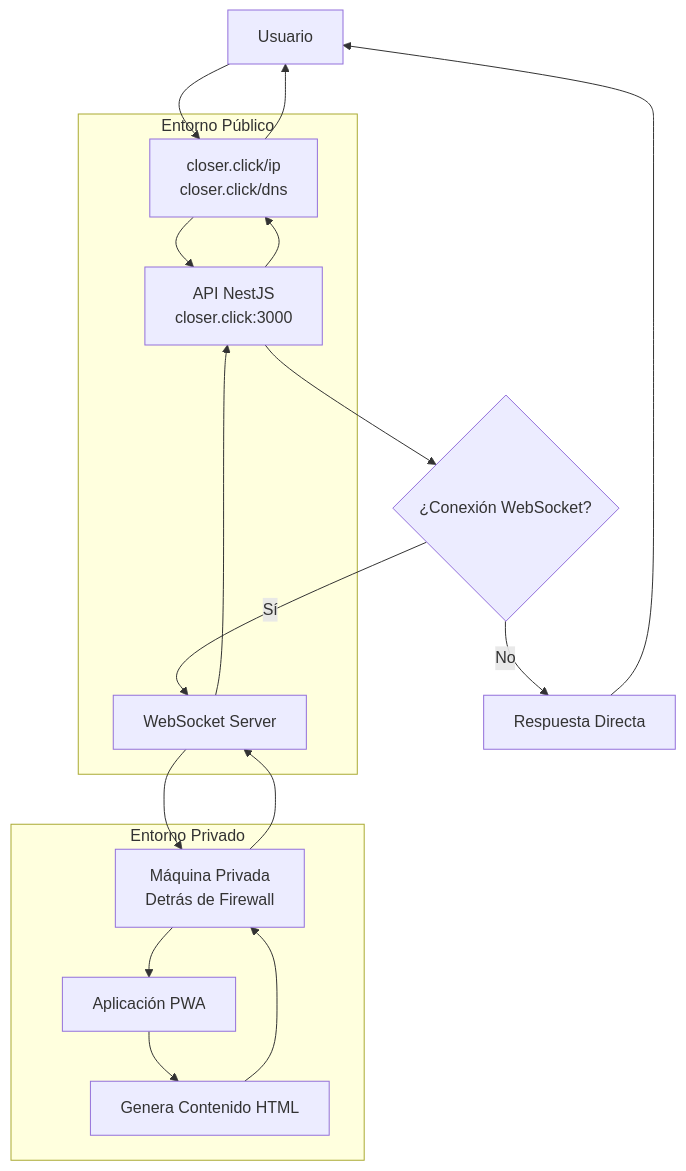
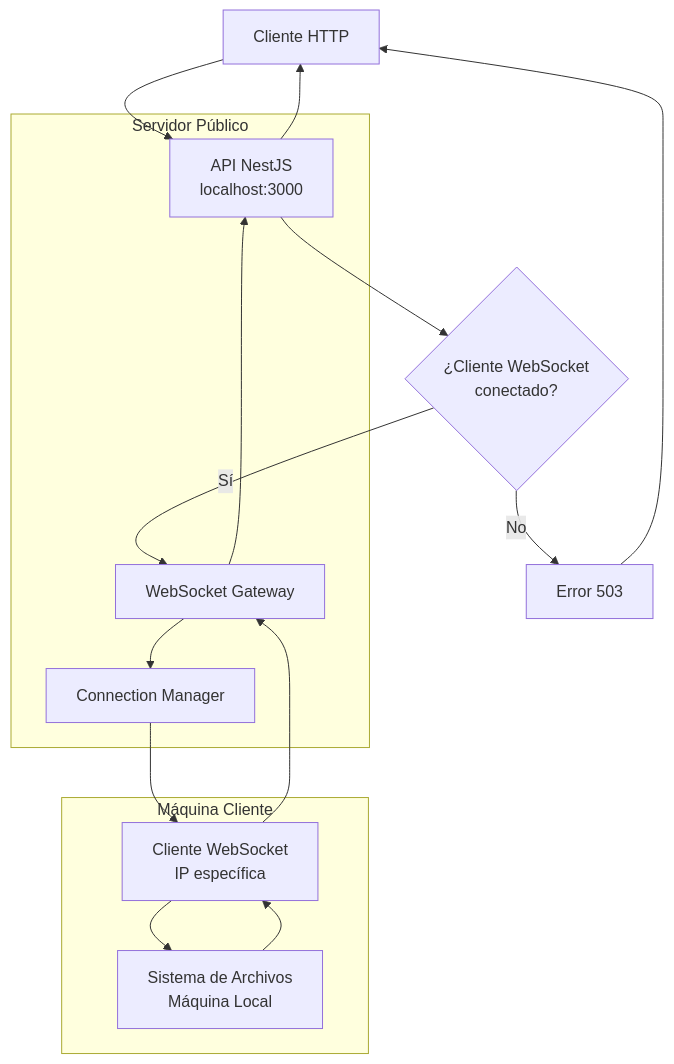
One commit to seyacat/closerclick changed the second of 2 diagrams in docs/COMUNICACION.md. Above: the diagram before and after it, drawn with Mermaid. The commit also changed other lines of this file and 6 other files, not shown here.

````diff
--- a/docs/COMUNICACION.md
+++ b/docs/COMUNICACION.md
@@ -35,33 +40,29 @@
 ```mermaid
 flowchart TD
-    A[Usuario] --> B[closer.click/ip<br/>closer.click/dns]
-    B --> C[API NestJS<br/>closer.click:3000]
+    A[Cliente HTTP] --> B[API NestJS<br/>localhost:3000]
+    B --> C{¿Cliente WebSocket<br/>conectado?}
+    C -->|Sí| D[WebSocket Gateway]
+    C -->|No| E[Error 503]
     
-    C --> D{¿Conexión WebSocket?}
-    D -->|Sí| E[WebSocket Server]
-    D -->|No| F[Respuesta Directa]
+    D --> F[Connection Manager]
+    F --> G[Cliente WebSocket<br/>IP específica]
+    G --> H[Sistema de Archivos<br/>Máquina Local]
     
-    E --> G[Máquina Privada<br/>Detrás de Firewall]
-    G --> H[Aplicación PWA]
-    H --> I[Genera Contenido HTML]
-    
-    I --> G
-    G --> E
-    E --> C
-    C --> B
+    H --> G
+    G --> D
+    D --> B
     B --> A
     
-    F --> A
+    E --> A
     
-    subgraph "Entorno Público"
+    subgraph "Servidor Público"
         B
-        C
-        E
+        D
+        F
     end
     
-    subgraph "Entorno Privado"
+    subgraph "Máquina Cliente"
         G
         H
-        I
     end
 ```
````
